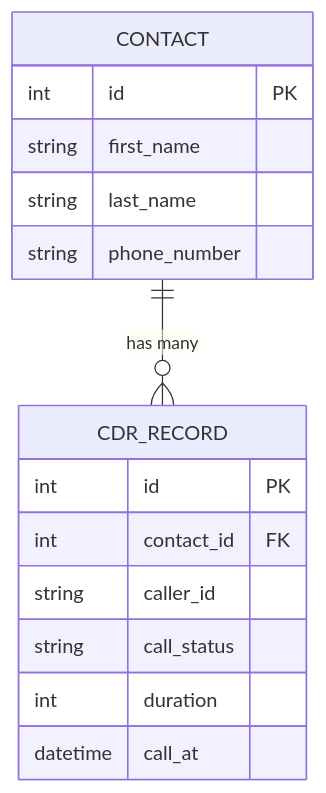
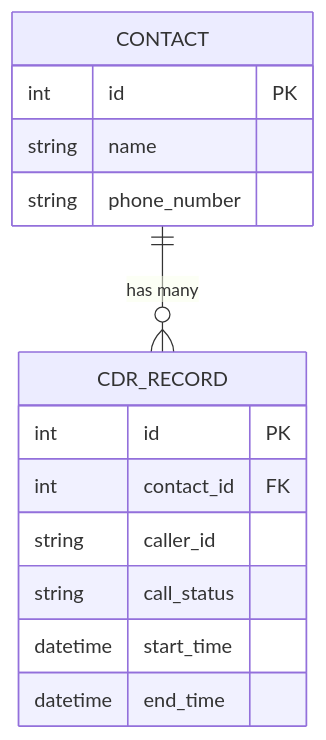
One commit to greg0rys/PhoneLog changed the first of 2 diagrams in README.md. Above: the diagram before and after it, drawn with Mermaid.

````diff
--- a/README.md
+++ b/README.md
@@ -17,18 +17,17 @@
 ```mermaid
 erDiagram
     CONTACT ||--o{ CDR_RECORD : "has many"
     CONTACT {
         int id PK
-        string first_name
-        string last_name
+        string name
         string phone_number
     }
     CDR_RECORD {
         int id PK
         int contact_id FK
         string caller_id
         string call_status
-        int duration
-        datetime call_at
+        datetime start_time
+        datetime end_time
     }
 ```
````
